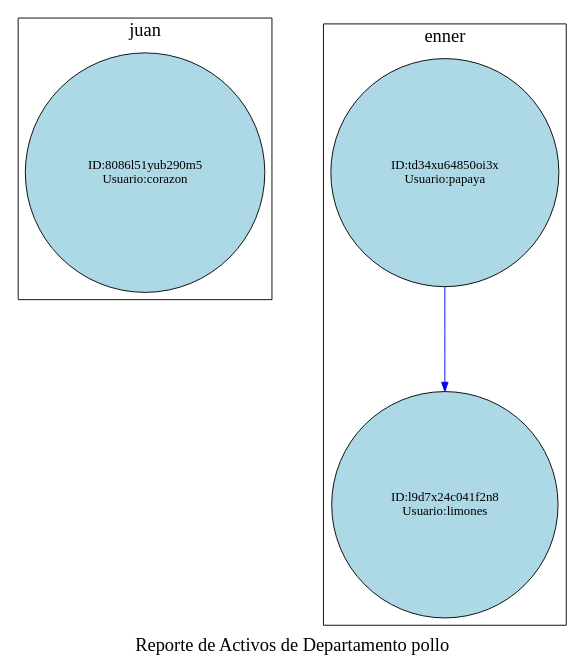
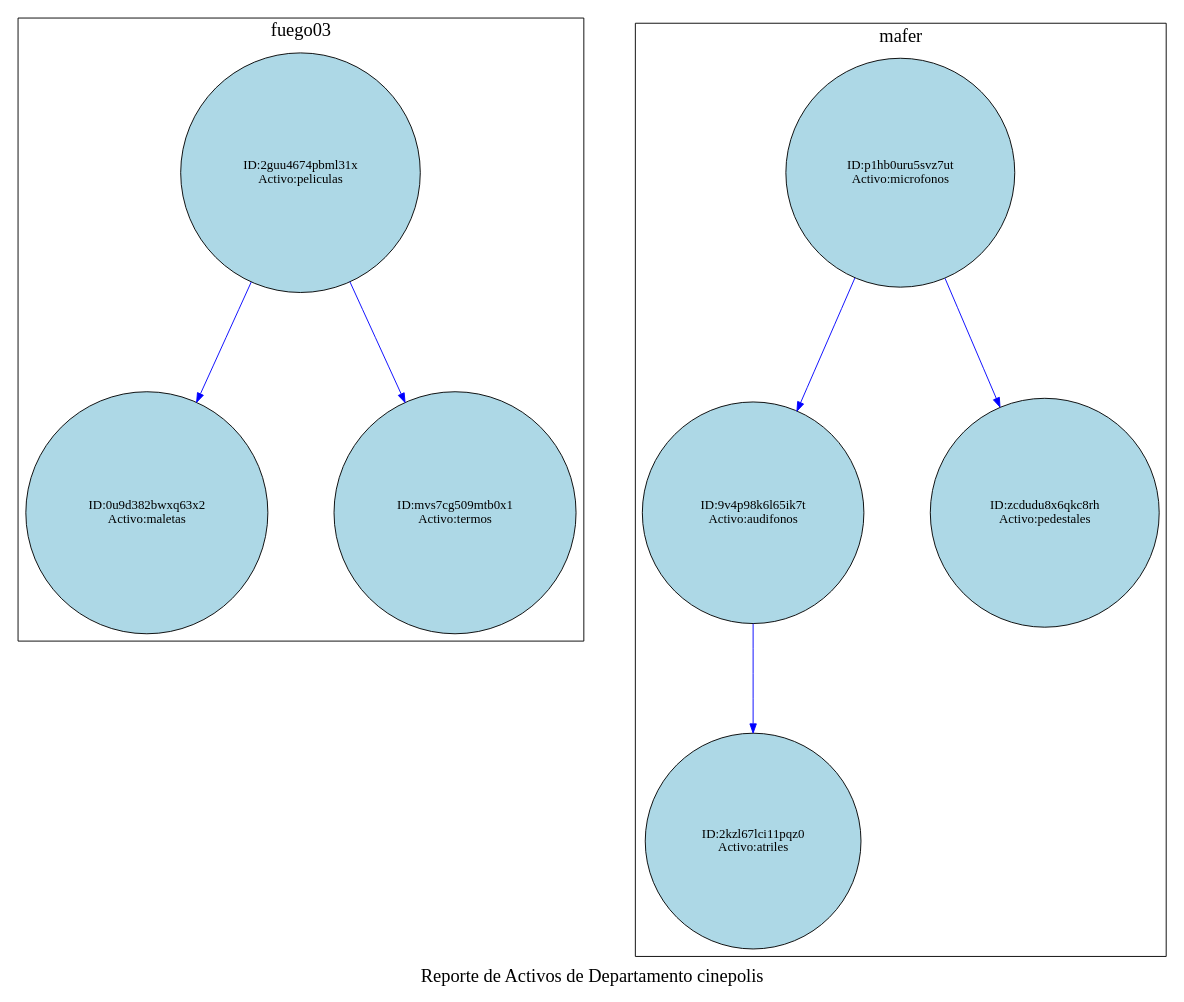
One commit to Ennero/EDD_Proyecto1_Vacas2_202302220 changed the diagram in Proyecto1/cmake-build-debug/reporteActivosEmpresa.dot. Above: the diagram before and after it, drawn with Graphviz. The commit also changed 16 other files, not shown here.

```diff
--- a/Proyecto1/cmake-build-debug/reporteActivosEmpresa.dot
+++ b/Proyecto1/cmake-build-debug/reporteActivosEmpresa.dot
@@ -1,19 +1,34 @@
 digraph G {
     node [shape=circle,style=filled, fillcolor=lightblue, margin=0.2];
     edge [style=solid, color=blue];
     graph [ranksep=1.5, nodesep=1];
-    graph [label="Reporte de Activos de Departamento pollo ", fontsize=20, fontcolor=black];
-subgraph cluster_juan {
-        label="juan";
-    "8086l51yub290m5" [label="ID:8086l51yub290m5
-Usuario:corazon"];
+    graph [label="Reporte de Activos de Departamento cinepolis ", fontsize=20, fontcolor=black];
+subgraph cluster_fuego03 {
+        label="fuego03";
+    "2guu4674pbml31x" [label="ID:2guu4674pbml31x
+Activo:peliculas"];
+    "2guu4674pbml31x" -> "0u9d382bwxq63x2";
+    "0u9d382bwxq63x2" [label="ID:0u9d382bwxq63x2
+Activo:maletas"];
+    "2guu4674pbml31x" -> "mvs7cg509mtb0x1";
+    "mvs7cg509mtb0x1" [label="ID:mvs7cg509mtb0x1
+Activo:termos"];
 }
-subgraph cluster_enner {
-        label="enner";
-    "td34xu64850oi3x" [label="ID:td34xu64850oi3x
-Usuario:papaya"];
-    "td34xu64850oi3x" -> "l9d7x24c041f2n8";
-    "l9d7x24c041f2n8" [label="ID:l9d7x24c041f2n8
-Usuario:limones"];
+subgraph cluster_calificacion1 {
+        label="calificacion1";
+}
+subgraph cluster_mafer {
+        label="mafer";
+    "p1hb0uru5svz7ut" [label="ID:p1hb0uru5svz7ut
+Activo:microfonos"];
+    "p1hb0uru5svz7ut" -> "9v4p98k6l65ik7t";
+    "9v4p98k6l65ik7t" [label="ID:9v4p98k6l65ik7t
+Activo:audifonos"];
+    "9v4p98k6l65ik7t" -> "2kzl67lci11pqz0";
+    "2kzl67lci11pqz0" [label="ID:2kzl67lci11pqz0
+Activo:atriles"];
+    "p1hb0uru5svz7ut" -> "zcdudu8x6qkc8rh";
+    "zcdudu8x6qkc8rh" [label="ID:zcdudu8x6qkc8rh
+Activo:pedestales"];
 }
 }
```
